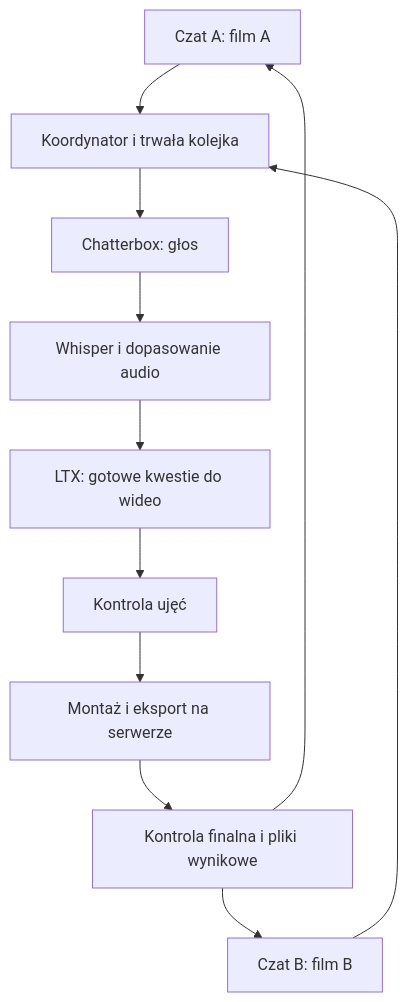
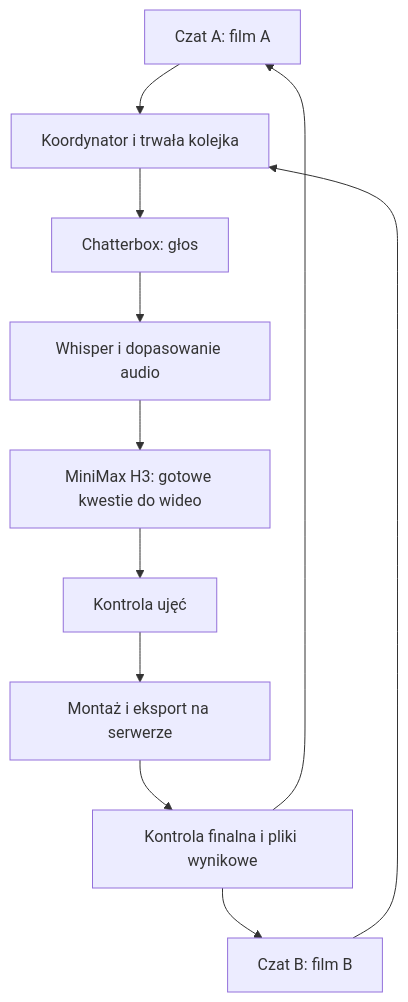
One commit to JakubKarwacki/yesopen-higgsfield-skits changed the diagram in docs/designs/2026-10-02-rownolegla-produkcja-na-serwerze.md. Above: the diagram before and after it, drawn with Mermaid. The commit also changed other lines of this file and 40 other files, not shown here.

Commit message:
Fix project-driven pipeline contracts and adopt MiniMax H3

````diff
--- a/docs/designs/2026-10-02-rownolegla-produkcja-na-serwerze.md
+++ b/docs/designs/2026-10-02-rownolegla-produkcja-na-serwerze.md
@@ -59,13 +61,13 @@
 ```mermaid
 flowchart TD
     A[Czat A: film A] --> K[Koordynator i trwała kolejka]
     B[Czat B: film B] --> K
     K --> G[Chatterbox: głos]
     G --> Q[Whisper i dopasowanie audio]
-    Q --> V[LTX: gotowe kwestie do wideo]
+    Q --> V[MiniMax H3: gotowe kwestie do wideo]
     V --> I[Kontrola ujęć]
     I --> M[Montaż i eksport na serwerze]
     M --> F[Kontrola finalna i pliki wynikowe]
     F --> A
     F --> B
 ```
````
